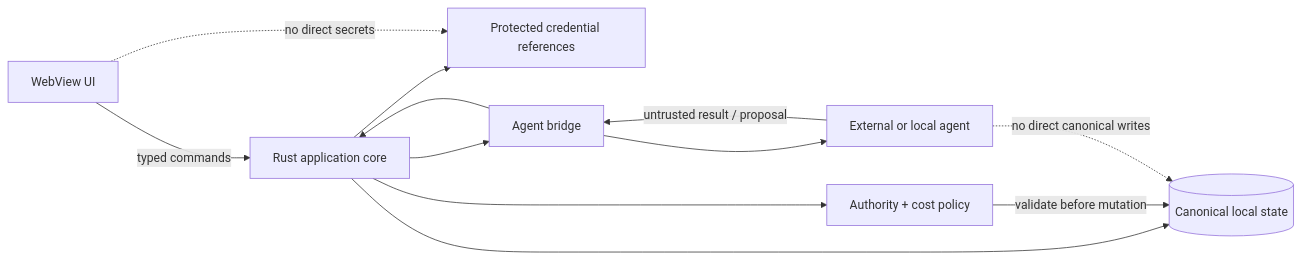
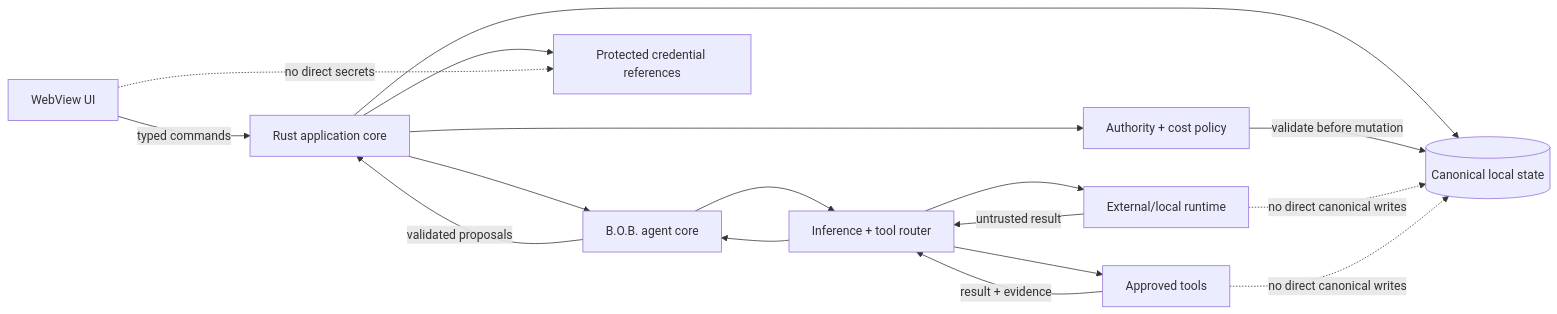
The diagram in .github/SECURITY.md (Knapp-Kevin/B.O.B.), drawn with Mermaid before and after one commit. The commit also changed other lines of this file, not shown here.

Commit message:
Align security model with single B.O.B. agent

````diff
--- a/.github/SECURITY.md
+++ b/.github/SECURITY.md
@@ -9,15 +9,22 @@
 ```mermaid
 flowchart LR
     UI[WebView UI] -->|typed commands| CORE[Rust application core]
+    CORE --> BOB[B.O.B. agent core]
     CORE --> POLICY[Authority + cost policy]
     CORE --> STATE[(Canonical local state)]
     CORE --> CREDS[Protected credential references]
-    CORE --> BRIDGE[Agent bridge]
-    BRIDGE --> AGENT[External or local agent]
-    AGENT -->|untrusted result / proposal| BRIDGE
-    BRIDGE --> CORE
+
+    BOB --> ROUTER[Inference + tool router]
+    ROUTER --> RUNTIME[External/local runtime]
+    ROUTER --> TOOLS[Approved tools]
+
+    RUNTIME -->|untrusted result| ROUTER
+    TOOLS -->|result + evidence| ROUTER
+    ROUTER --> BOB
+    BOB -->|validated proposals| CORE
     POLICY -->|validate before mutation| STATE
 
     UI -. no direct secrets .-> CREDS
-    AGENT -. no direct canonical writes .-> STATE
+    RUNTIME -. no direct canonical writes .-> STATE
+    TOOLS -. no direct canonical writes .-> STATE
 ```
````
